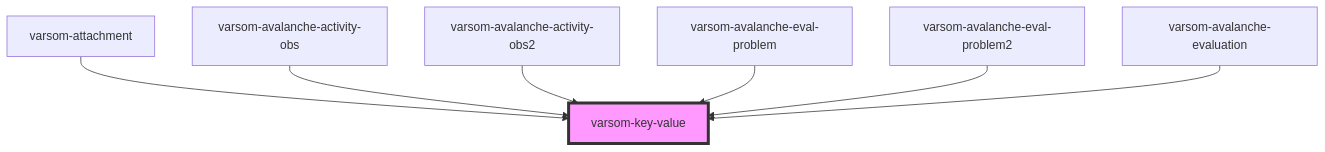
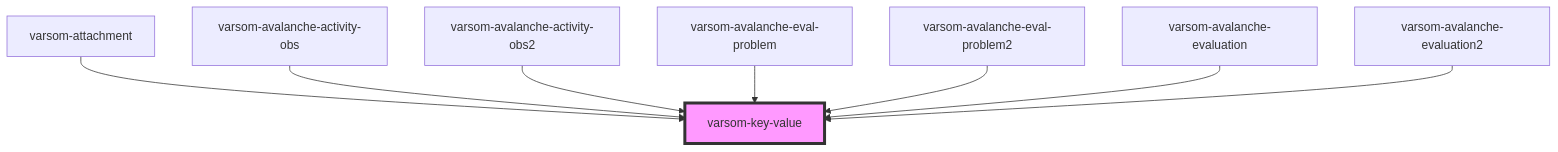
The diagram in observasjonskort/src/components/varsom-key-value/readme.md (NVE/varsom-observation), drawn with Mermaid before and after one commit. The commit also changed other lines of this file and 5 other files, not shown here.

````diff
--- a/observasjonskort/src/components/varsom-key-value/readme.md
+++ b/observasjonskort/src/components/varsom-key-value/readme.md
@@ -28,10 +29,11 @@
 ```mermaid
 graph TD;
   varsom-attachment --> varsom-key-value
   varsom-avalanche-activity-obs --> varsom-key-value
   varsom-avalanche-activity-obs2 --> varsom-key-value
   varsom-avalanche-eval-problem --> varsom-key-value
   varsom-avalanche-eval-problem2 --> varsom-key-value
   varsom-avalanche-evaluation --> varsom-key-value
+  varsom-avalanche-evaluation2 --> varsom-key-value
   style varsom-key-value fill:#f9f,stroke:#333,stroke-width:4px
 ```
````
